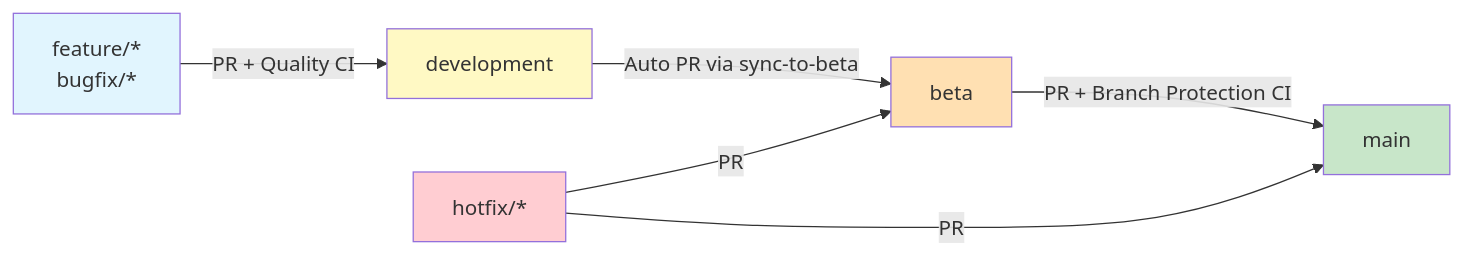
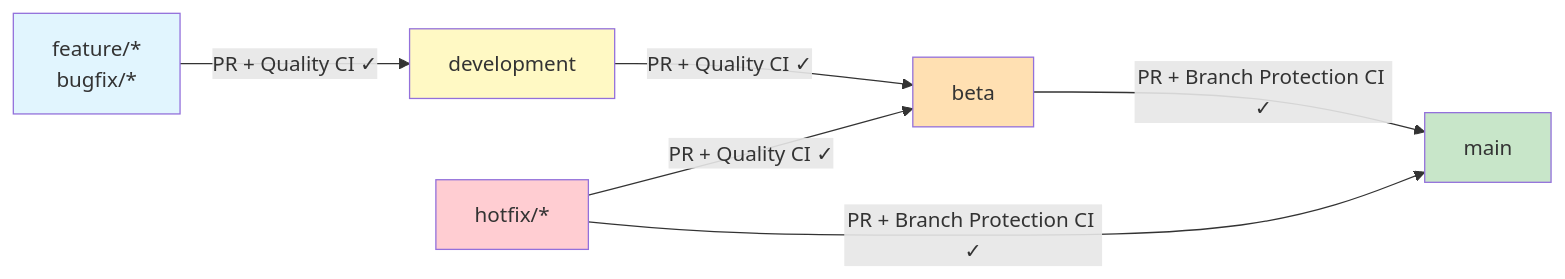
Before and after one commit to ConductionNL/.github: the first of 2 diagrams in CONTRIBUTING.md, drawn with Mermaid. The commit also changed other lines of this file, not shown here.

Commit message:
docs: Fix CONTRIBUTING.md — PRs are manual, Quality CI required before merge, beta-to-main requires PR

````diff
--- a/CONTRIBUTING.md
+++ b/CONTRIBUTING.md
@@ -44,14 +44,14 @@
 ```mermaid
 graph LR
-    F["feature/*\nbugfix/*"] -->|PR + Quality CI| D[development]
-    D -->|Auto PR via sync-to-beta| B[beta]
-    B -->|PR + Branch Protection CI| M[main]
-    H["hotfix/*"] -->|PR| B
-    H -->|PR| M
+    F["feature/*\nbugfix/*"] -->|"PR + Quality CI ✓"| D[development]
+    D -->|"PR + Quality CI ✓"| B[beta]
+    B -->|"PR + Branch Protection CI ✓"| M[main]
+    H["hotfix/*"] -->|"PR + Quality CI ✓"| B
+    H -->|"PR + Branch Protection CI ✓"| M
 
     style F fill:#e1f5fe
     style D fill:#fff9c4
     style B fill:#ffe0b2
     style M fill:#c8e6c9
     style H fill:#ffcdd2
 ```
````
